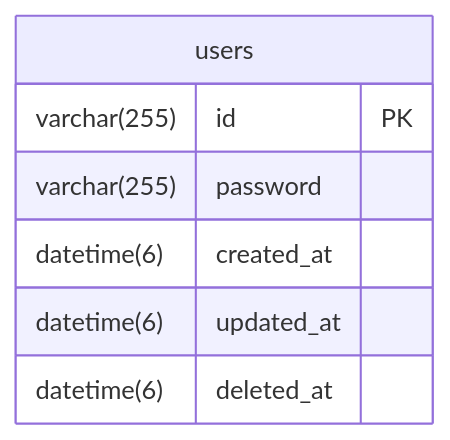
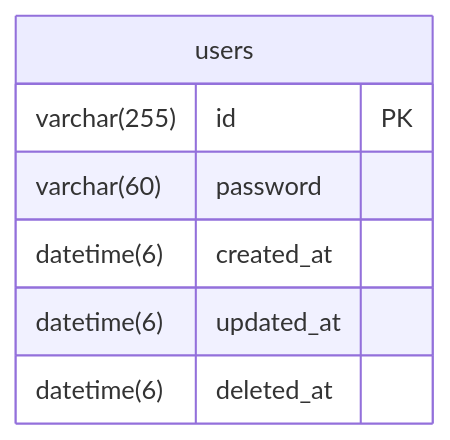
Before and after one commit to atsumarukun/holos-auth-api: the diagram in docs/er-diagram.md, drawn with Mermaid. The commit also changed other lines of this file and 1 other file, not shown here.

Commit message:
update: パスワードの文字上限を60文字に変更.

````diff
--- a/docs/er-diagram.md
+++ b/docs/er-diagram.md
@@ -3,11 +3,11 @@
 ```mermaid
 erDiagram
 
 users {
   varchar(255) id PK
-  varchar(255) password
+  varchar(60) password
   datetime(6) created_at
   datetime(6) updated_at
   datetime(6) deleted_at
 }
 ```
````
